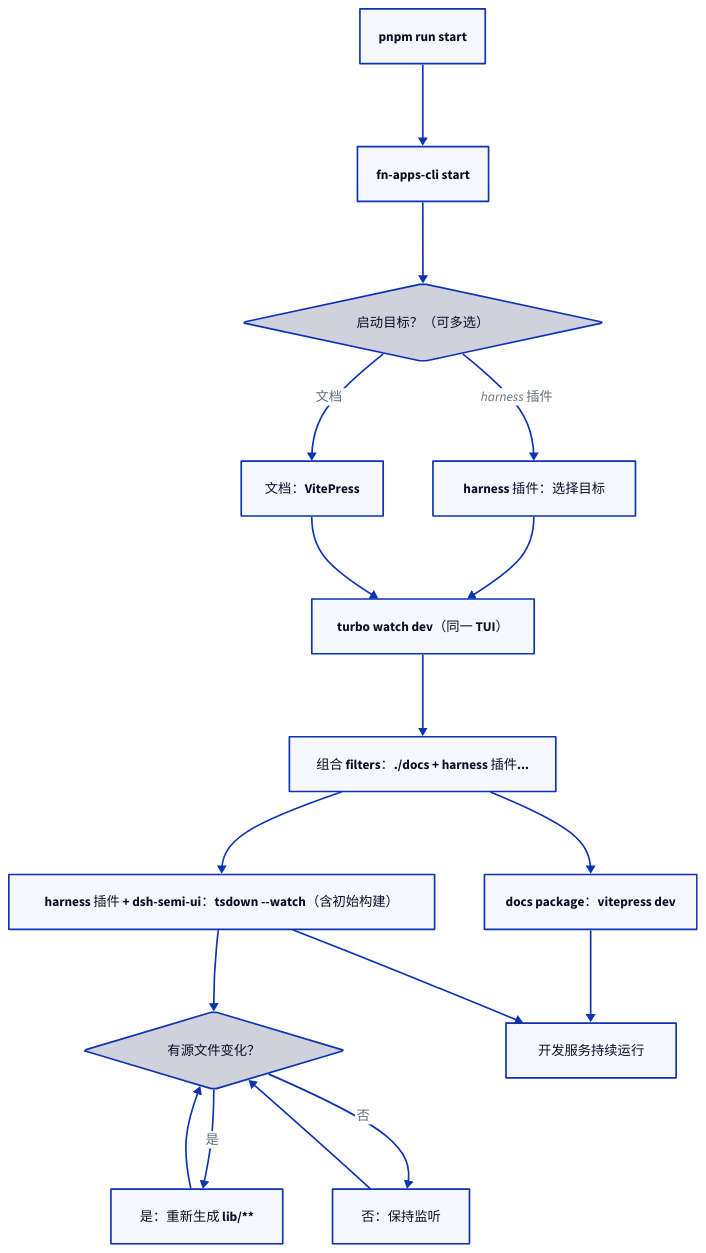
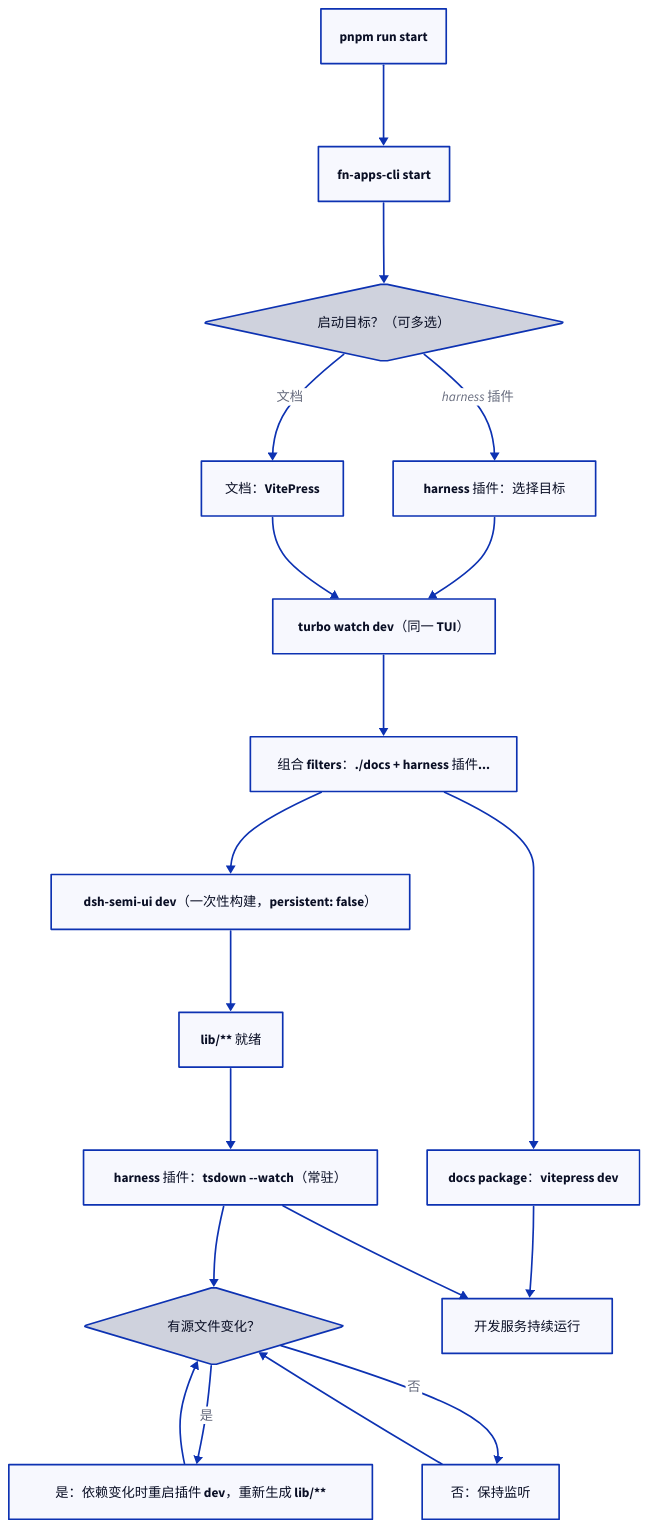
Before and after one commit to tnnevol/fn-os-apps: the third of 13 diagrams in docs/development/package-tasks-and-turbo.md, drawn with D2. The commit also changed other lines of this file and 4 other files, not shown here.

First line of the commit message:
fix(turbo): start shared UI dev before plugin dev

````diff
--- a/docs/development/package-tasks-and-turbo.md
+++ b/docs/development/package-tasks-and-turbo.md
@@ -132,37 +135,40 @@
 ```d2
 direction: down
 
 command: "pnpm run start"
 cli: "fn-apps-cli start"
 select: {
   label: "启动目标？（可多选）"
   shape: diamond
 }
 plugins: "harness 插件：选择目标"
 docs: "文档：VitePress"
 turbo: "turbo watch dev（同一 TUI）"
 filters: "组合 filters：./docs + harness 插件..."
-pluginWatch: "harness 插件 + dsh-semi-ui：tsdown --watch（含初始构建）"
+depDev: "dsh-semi-ui dev（一次性构建，persistent: false）"
+depDone: "lib/** 就绪"
+pluginWatch: "harness 插件：tsdown --watch（常驻）"
 docsWatch: "docs package：vitepress dev"
 changeStatus: {
   label: "有源文件变化？"
   shape: diamond
 }
-rebuild: "是：重新生成 lib/**"
+rebuild: "是：依赖变化时重启插件 dev，重新生成 lib/**"
 keep: "否：保持监听"
 services: "开发服务持续运行"
 
 command -> cli -> select
 select -> plugins: harness 插件
 select -> docs: 文档
 plugins -> turbo
 docs -> turbo
 turbo -> filters
-filters -> pluginWatch -> changeStatus
+filters -> depDev -> depDone -> pluginWatch
 filters -> docsWatch -> services
+pluginWatch -> changeStatus
 changeStatus -> rebuild: 是
 changeStatus -> keep: 否
 rebuild -> changeStatus
 keep -> changeStatus
 pluginWatch -> services
 ```
````
